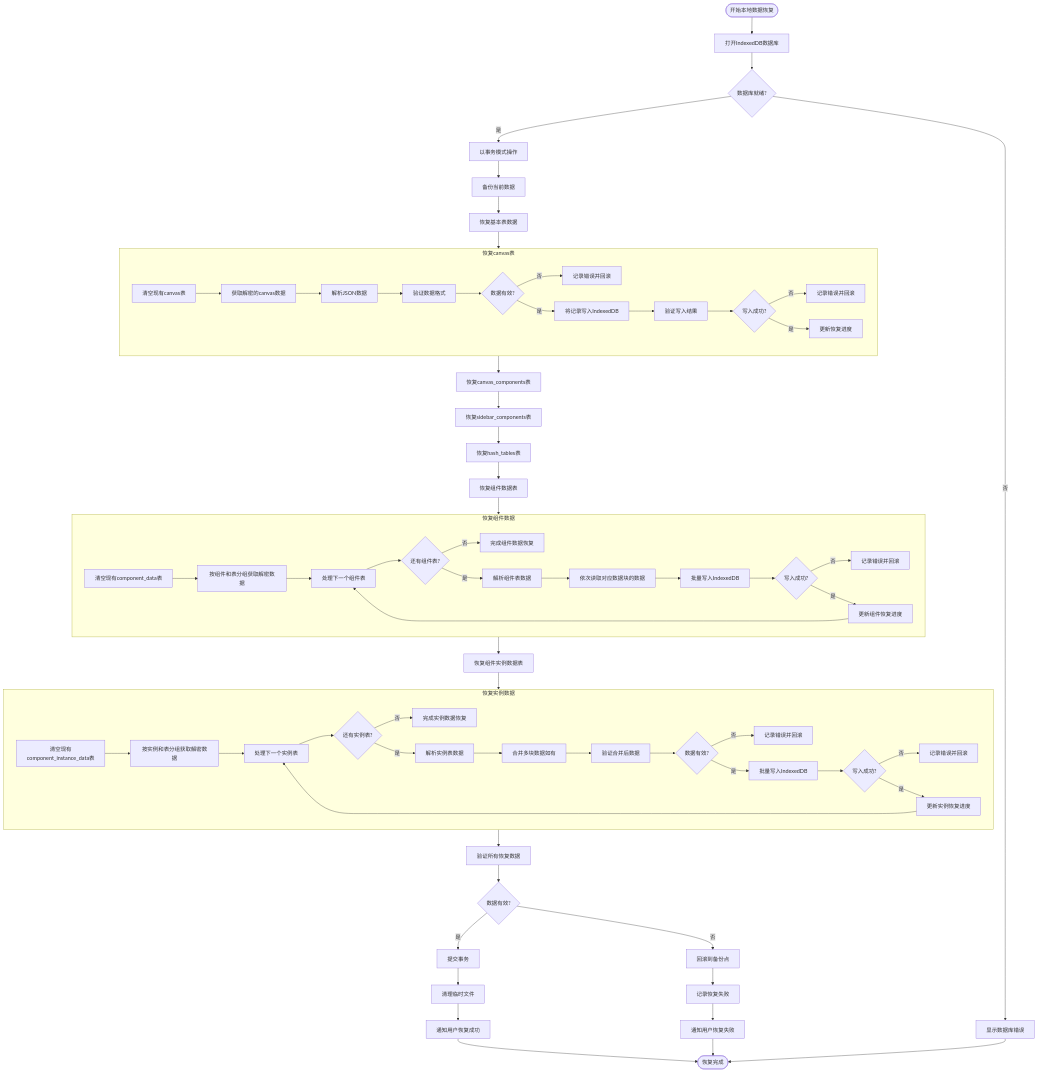
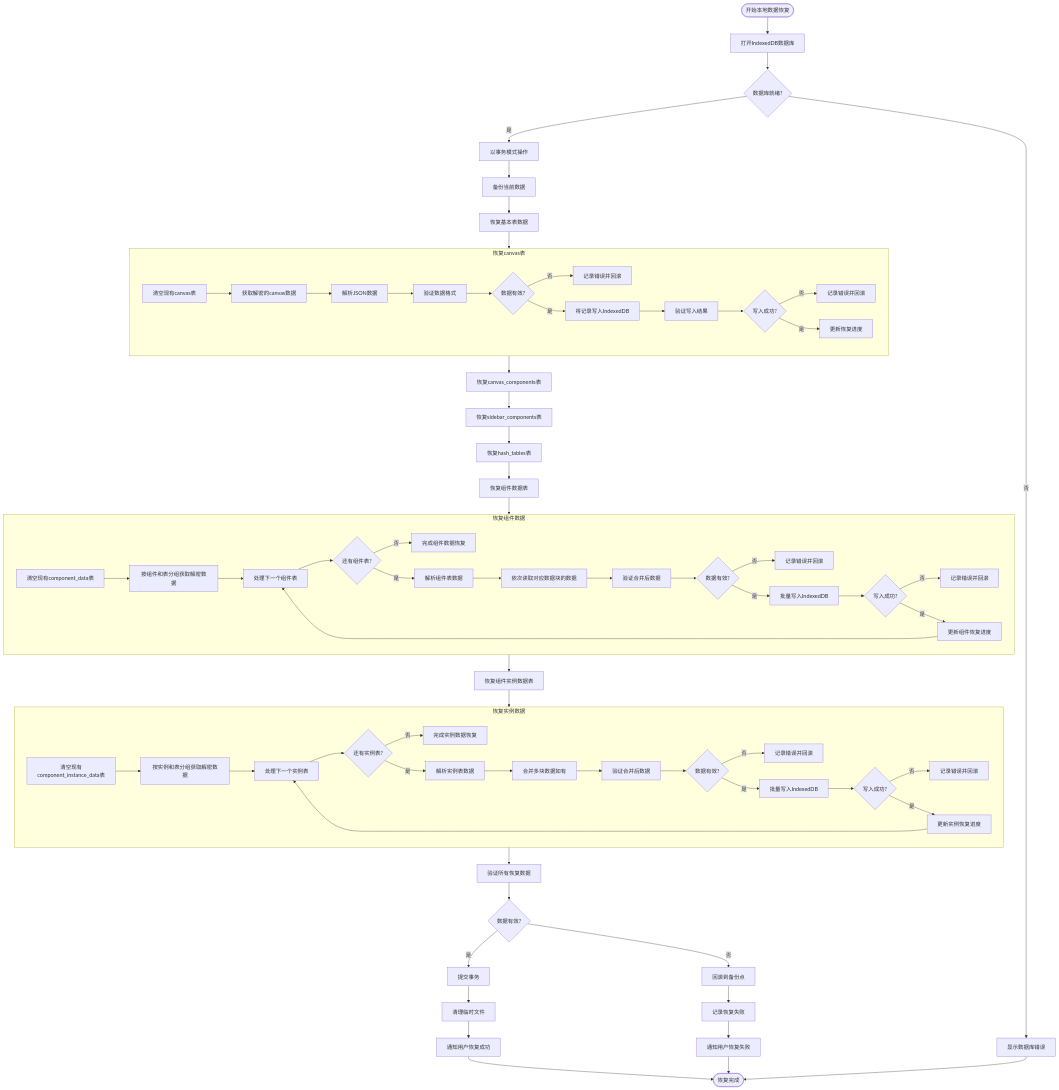
Before and after one commit to yingjianzh/iodraw-files: the diagram in all/未命名-53.md, drawn with Mermaid.

Commit message:
2025-05-09 17:28:17 update

```diff
--- a/all/未命名-53.md
+++ b/all/未命名-53.md
@@ -37,7 +37,10 @@
         RCD4 -->|否| RCD14[完成组件数据恢复]
         RCD4 -->|是| RCD5[解析组件表数据]
         RCD5 --> RCD6[依次读取对应数据块的数据]
-        RCD6 --> RCD10[批量写入IndexedDB]
+        RCD6 --> RCD7[验证合并后数据]
+        RCD7 --> RCD8{数据有效?}
+        RCD8 -->|否| RCD9[记录错误并回滚]
+        RCD8 -->|是| RCD10[批量写入IndexedDB]
         RCD10 --> RCD11{写入成功?}
         RCD11 -->|否| RCD12[记录错误并回滚]
         RCD11 -->|是| RCD13[更新组件恢复进度]
```
